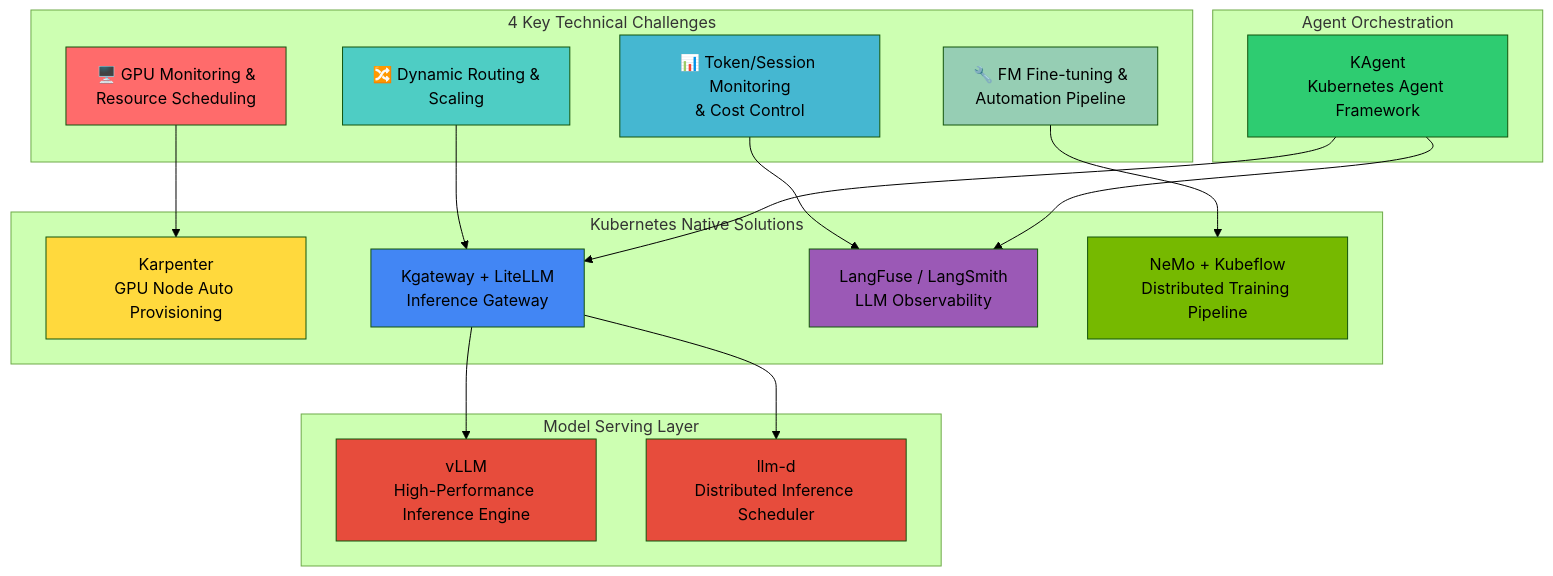
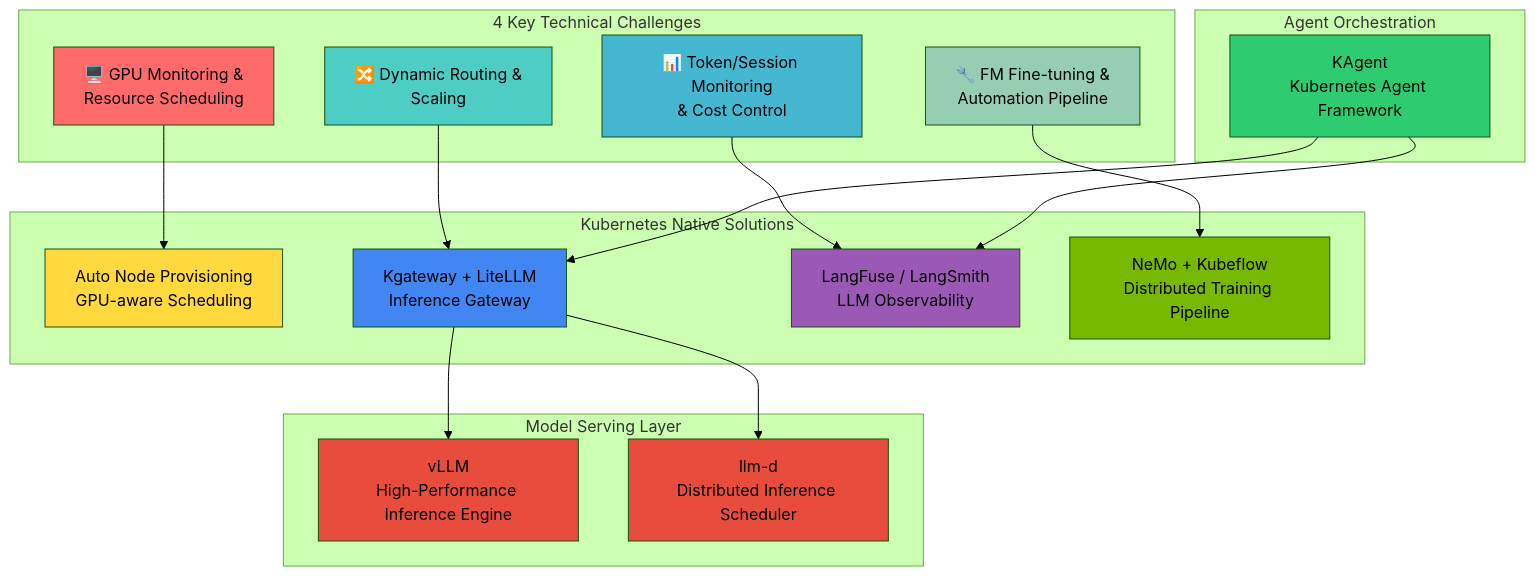
Before and after one commit to devfloor9/engineering-playbook: the fourth of 13 diagrams in i18n/en/docusaurus-plugin-content-docs/current/agentic-ai-platform/agentic-ai-challenges.md, drawn with Mermaid (forest theme). The commit also changed other lines of this file and 4 other files, not shown here.

````diff
--- a/i18n/en/docusaurus-plugin-content-docs/current/agentic-ai-platform/agentic-ai-challenges.md
+++ b/i18n/en/docusaurus-plugin-content-docs/current/agentic-ai-platform/agentic-ai-challenges.md
@@ -177,47 +164,47 @@
 ```mermaid
 graph TB
     subgraph "4 Key Technical Challenges"
         C1["🖥️ GPU Monitoring &<br/>Resource Scheduling"]
         C2["🔀 Dynamic Routing &<br/>Scaling"]
         C3["📊 Token/Session Monitoring<br/>& Cost Control"]
         C4["🔧 FM Fine-tuning &<br/>Automation Pipeline"]
     end
 
     subgraph "Kubernetes Native Solutions"
-        S1["Karpenter<br/>GPU Node Auto Provisioning"]
+        S1["Auto Node Provisioning<br/>GPU-aware Scheduling"]
         S2["Kgateway + LiteLLM<br/>Inference Gateway"]
         S3["LangFuse / LangSmith<br/>LLM Observability"]
         S4["NeMo + Kubeflow<br/>Distributed Training Pipeline"]
     end
 
     subgraph "Model Serving Layer"
         VLLM["vLLM<br/>High-Performance Inference Engine"]
         LLMD["llm-d<br/>Distributed Inference Scheduler"]
     end
 
     subgraph "Agent Orchestration"
         KAGENT["KAgent<br/>Kubernetes Agent Framework"]
     end
 
     C1 --> S1
     C2 --> S2
     C3 --> S3
     C4 --> S4
 
     S2 --> VLLM
     S2 --> LLMD
     KAGENT --> S2
     KAGENT --> S3
 
     style C1 fill:#ff6b6b
     style C2 fill:#4ecdc4
     style C3 fill:#45b7d1
     style C4 fill:#96ceb4
     style S1 fill:#ffd93d
     style S2 fill:#4286f4
     style S3 fill:#9b59b6
     style S4 fill:#76b900
     style VLLM fill:#e74c3c
     style LLMD fill:#e74c3c
     style KAGENT fill:#2ecc71
 ```
````
